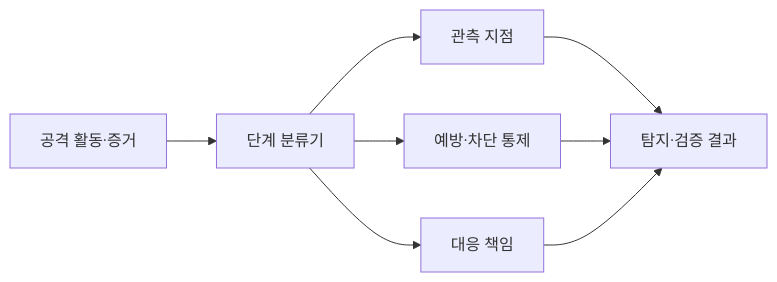
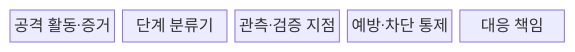
The first of 2 diagrams in src/content/docs/notes/05-security/028_cyber_kill_chain.md (agnusdei1207/knowledge-base), drawn with Mermaid before and after one commit. The commit also changed other lines of this file and 11 other files, not shown here.

````diff
--- a/src/content/docs/notes/05-security/028_cyber_kill_chain.md
+++ b/src/content/docs/notes/05-security/028_cyber_kill_chain.md
@@ -58,10 +58,9 @@
 ```mermaid
-flowchart LR
-    A[공격 활동·증거] --> B[단계 분류기]
-    B --> C[관측 지점]
-    B --> D[예방·차단 통제]
-    B --> E[대응 책임]
-    C --> F[탐지·검증 결과]
-    D --> F
-    E --> F
+block-beta
+    columns 5
+    A["공격 활동·증거"]
+    B["단계 분류기"]
+    C["관측·검증 지점"]
+    D["예방·차단 통제"]
+    E["대응 책임"]
 ```
````
